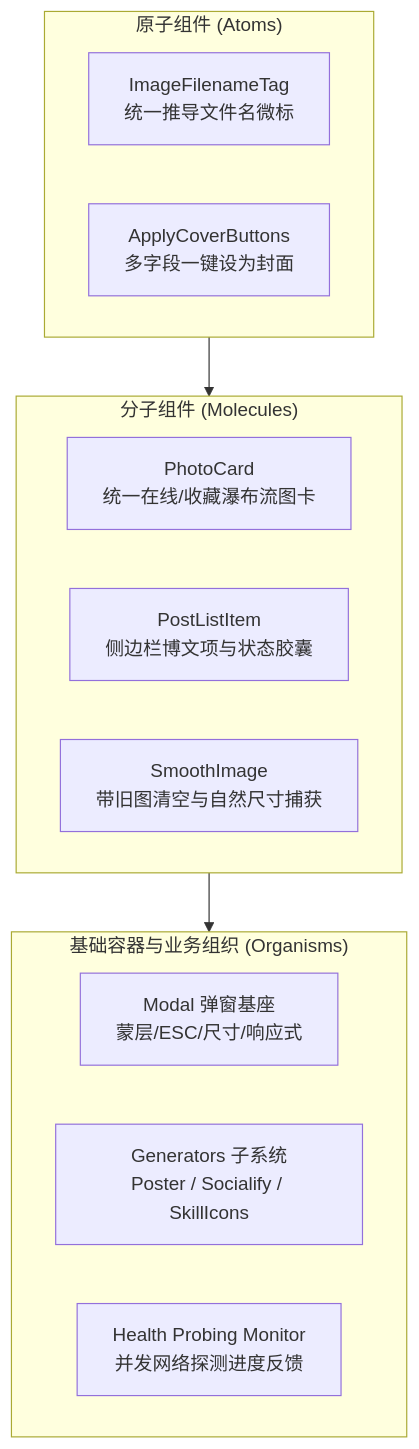
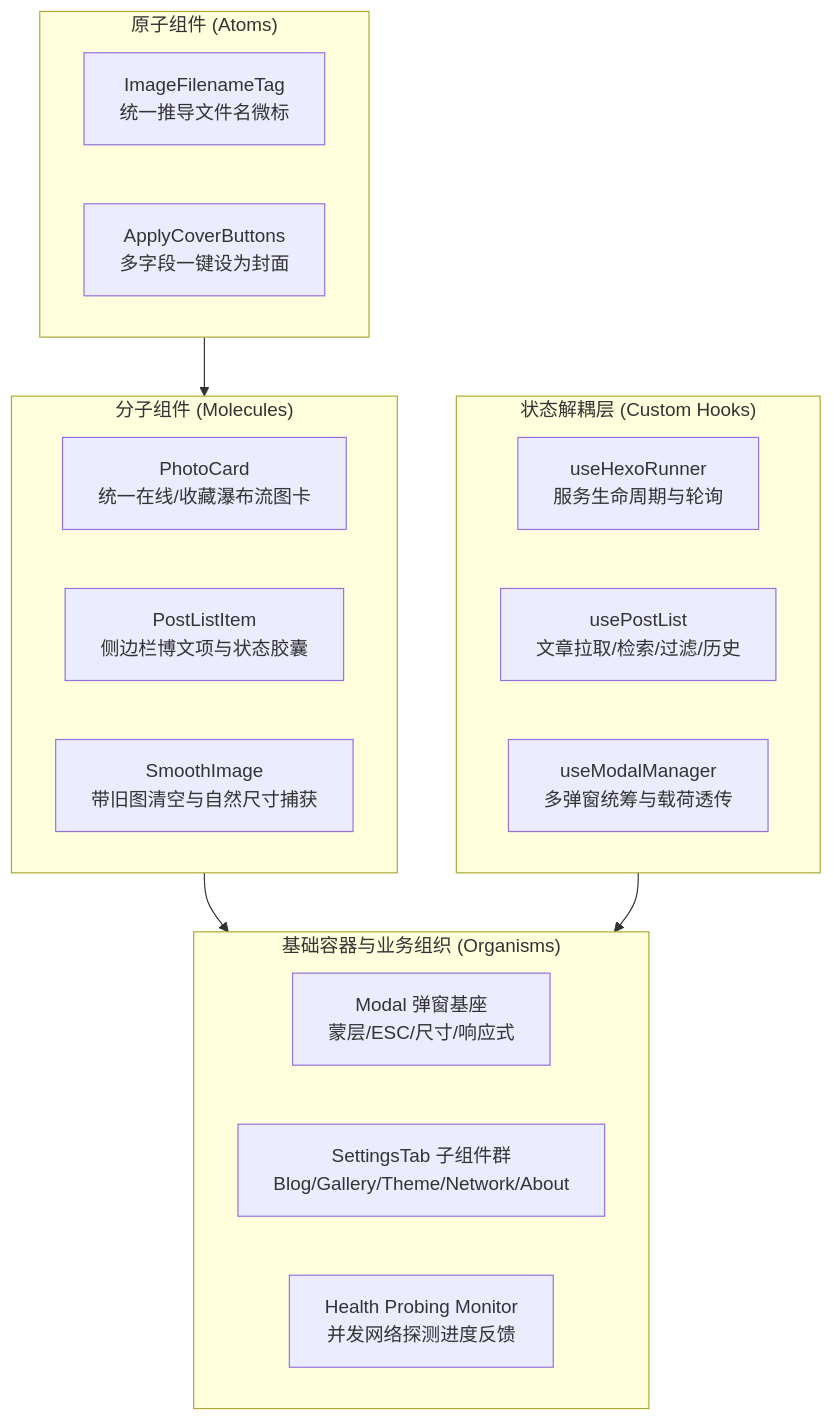
Before and after one commit to bubao/hpic: the diagram in docs/architecture.md, drawn with Mermaid. The commit also changed other lines of this file and 114 other files, not shown here.

````diff
--- a/docs/architecture.md
+++ b/docs/architecture.md
@@ -116,22 +133,29 @@
 ```mermaid
 flowchart TD
     subgraph Atoms["原子组件 (Atoms)"]
         A1["ImageFilenameTag<br/>统一推导文件名微标"]
         A2["ApplyCoverButtons<br/>多字段一键设为封面"]
     end
 
     subgraph Molecules["分子组件 (Molecules)"]
         M1["PhotoCard<br/>统一在线/收藏瀑布流图卡"]
         M2["PostListItem<br/>侧边栏博文项与状态胶囊"]
         M3["SmoothImage<br/>带旧图清空与自然尺寸捕获"]
     end
 
     subgraph Organisms["基础容器与业务组织 (Organisms)"]
         O1["Modal 弹窗基座<br/>蒙层/ESC/尺寸/响应式"]
-        O2["Generators 子系统<br/>Poster / Socialify / SkillIcons"]
+        O2["SettingsTab 子组件群<br/>Blog/Gallery/Theme/Network/About"]
         O3["Health Probing Monitor<br/>并发网络探测进度反馈"]
+    end
+
+    subgraph Hooks["状态解耦层 (Custom Hooks)"]
+        H1["useHexoRunner<br/>服务生命周期与轮询"]
+        H2["usePostList<br/>文章拉取/检索/过滤/历史"]
+        H3["useModalManager<br/>多弹窗统筹与载荷透传"]
     end
 
     Atoms --> Molecules
     Molecules --> Organisms
+    Hooks --> Organisms
 ```
````
